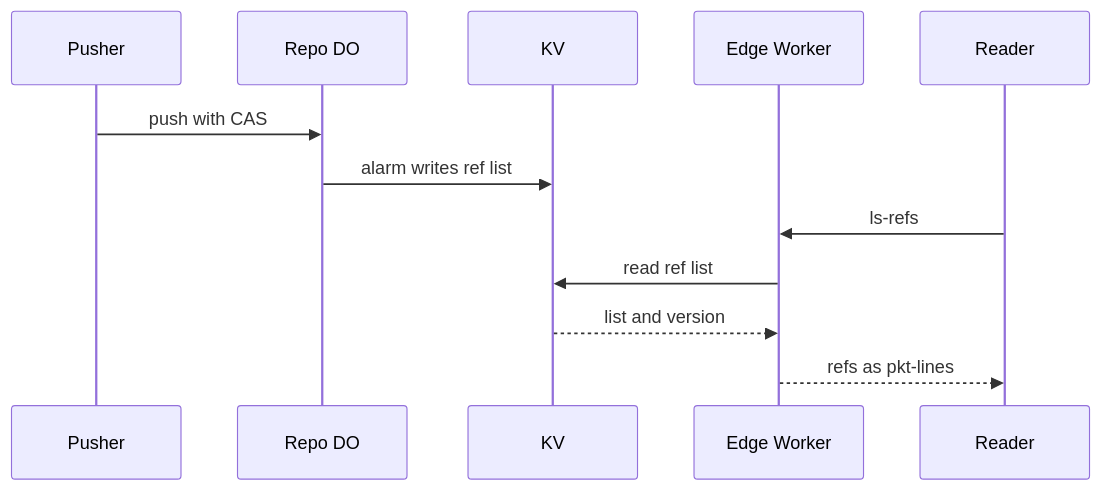
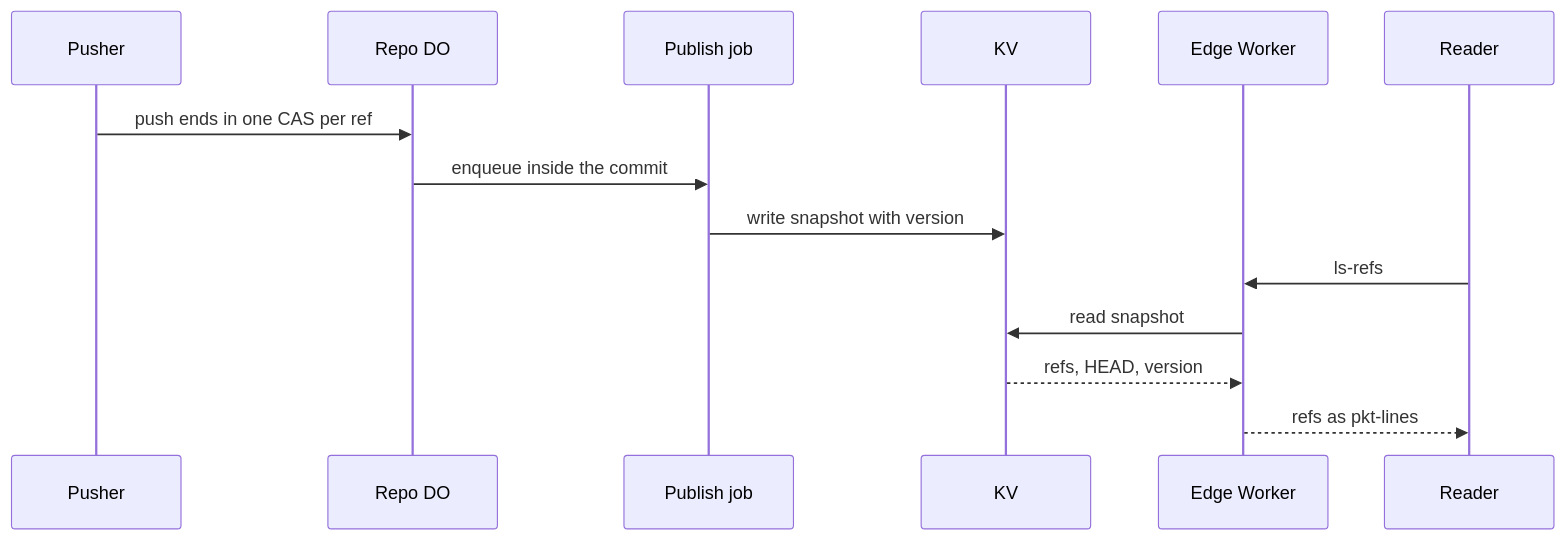
The diagram in plain/replicated-refs-edge.md (idl3/git-edge), drawn with Mermaid before and after one commit. The commit also changed other lines of this file and 65 other files, not shown here.

````diff
--- a/plain/replicated-refs-edge.md
+++ b/plain/replicated-refs-edge.md
@@ -33,14 +37,16 @@
 ```mermaid
 sequenceDiagram
     participant P as Pusher
     participant D as Repo DO
+    participant J as Publish job
     participant K as KV
     participant W as Edge Worker
     participant C as Reader
-    P->>D: push with CAS
-    D->>K: alarm writes ref list
+    P->>D: push ends in one CAS per ref
+    D->>J: enqueue inside the commit
+    J->>K: write snapshot with version
     C->>W: ls-refs
-    W->>K: read ref list
-    K-->>W: list and version
+    W->>K: read snapshot
+    K-->>W: refs, HEAD, version
     W-->>C: refs as pkt-lines
 ```
````
